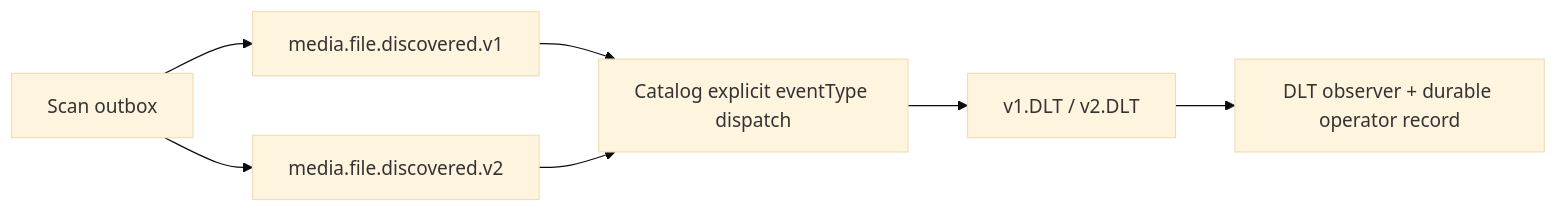
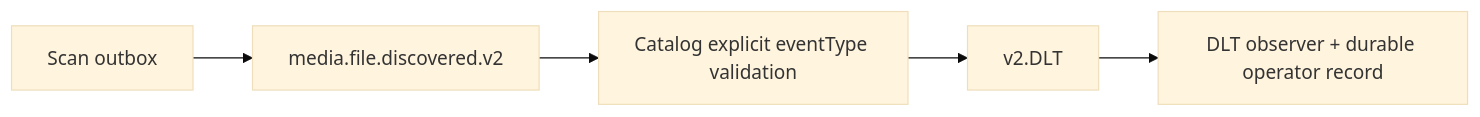
Before and after one commit to HungPhan200591/file-mngt-be-v2: the diagram in docs/features/036-event-contract-dlt-alignment/02-design.md, drawn with Mermaid (base theme). The commit also changed other lines of this file and 13 other files, not shown here.

````diff
--- a/docs/features/036-event-contract-dlt-alignment/02-design.md
+++ b/docs/features/036-event-contract-dlt-alignment/02-design.md
@@ -9,9 +9,7 @@
 ```mermaid
 flowchart LR
-  P["Scan outbox"] --> V1["media.file.discovered.v1"]
-  P --> V2["media.file.discovered.v2"]
-  V1 --> C["Catalog explicit eventType dispatch"]
-  V2 --> C
-  C --> D1["v1.DLT / v2.DLT"]
+  P["Scan outbox"] --> V2["media.file.discovered.v2"]
+  V2 --> C["Catalog explicit eventType validation"]
+  C --> D1["v2.DLT"]
   D1 --> O["DLT observer + durable operator record"]
 ```
````
